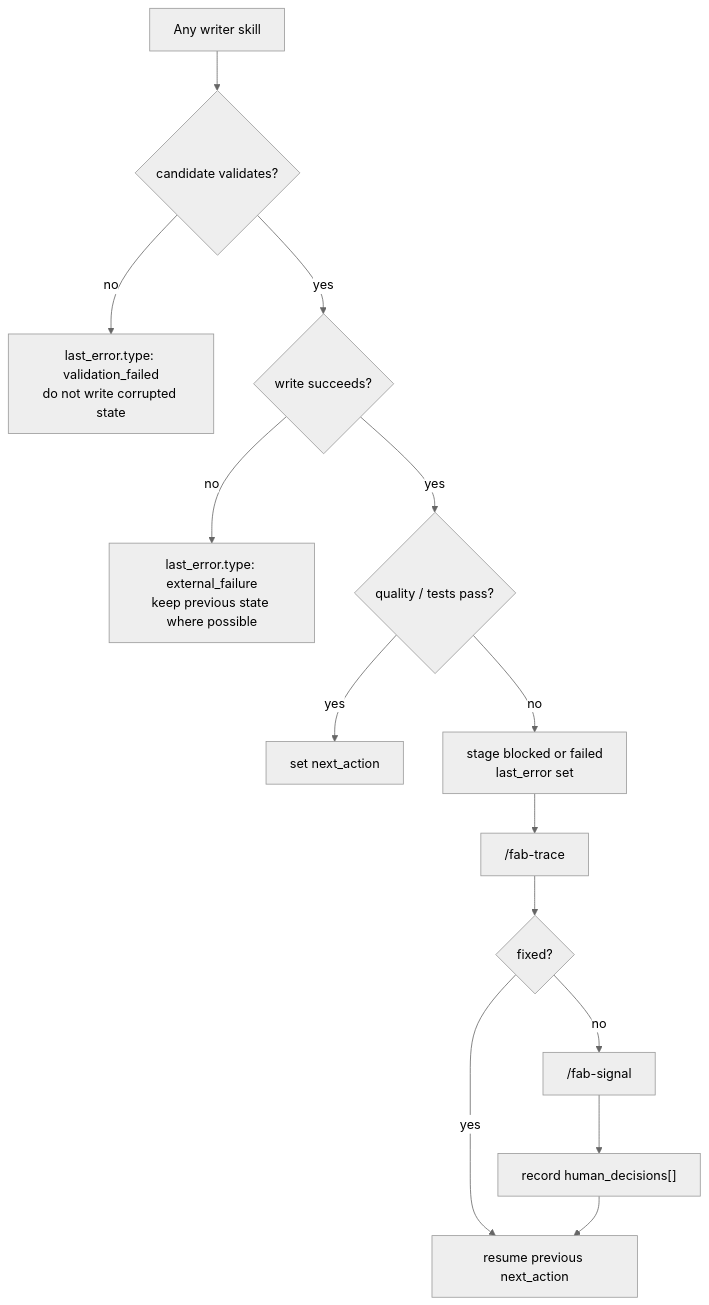
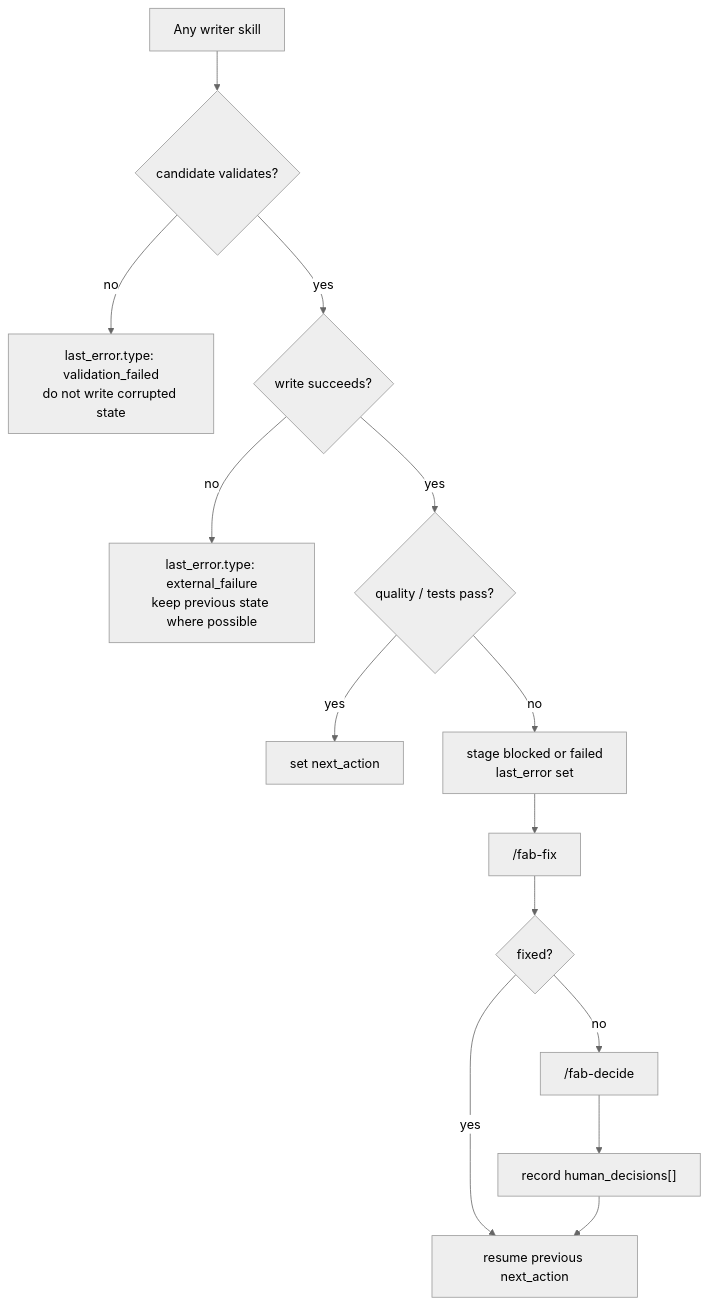
Before and after one commit to sushilduseja/fabrica-skills: the second of 3 diagrams in docs/STATE_MACHINE.md, drawn with Mermaid (neutral theme). The commit also changed other lines of this file and 76 other files, not shown here.

````diff
--- a/docs/STATE_MACHINE.md
+++ b/docs/STATE_MACHINE.md
@@ -48,16 +48,16 @@
 ```mermaid
 flowchart TD
   AnySkill["Any writer skill"] --> Validate{"candidate validates?"}
   Validate -- no --> ValidationFailed["last_error.type: validation_failed\ndo not write corrupted state"]
   Validate -- yes --> Write{"write succeeds?"}
   Write -- no --> ExternalFailure["last_error.type: external_failure\nkeep previous state where possible"]
   Write -- yes --> Quality{"quality / tests pass?"}
   Quality -- yes --> Next["set next_action"]
   Quality -- no --> Blocked["stage blocked or failed\nlast_error set"]
-  Blocked --> Trace["/fab-trace <stage|integration>"]
+  Blocked --> Trace["/fab-fix <stage|integration>"]
   Trace --> Resolved{"fixed?"}
   Resolved -- yes --> Resume["resume previous next_action"]
-  Resolved -- no --> Signal["/fab-signal"]
+  Resolved -- no --> Signal["/fab-decide"]
   Signal --> HumanDecision["record human_decisions[]"]
   HumanDecision --> Resume
 ```
````
